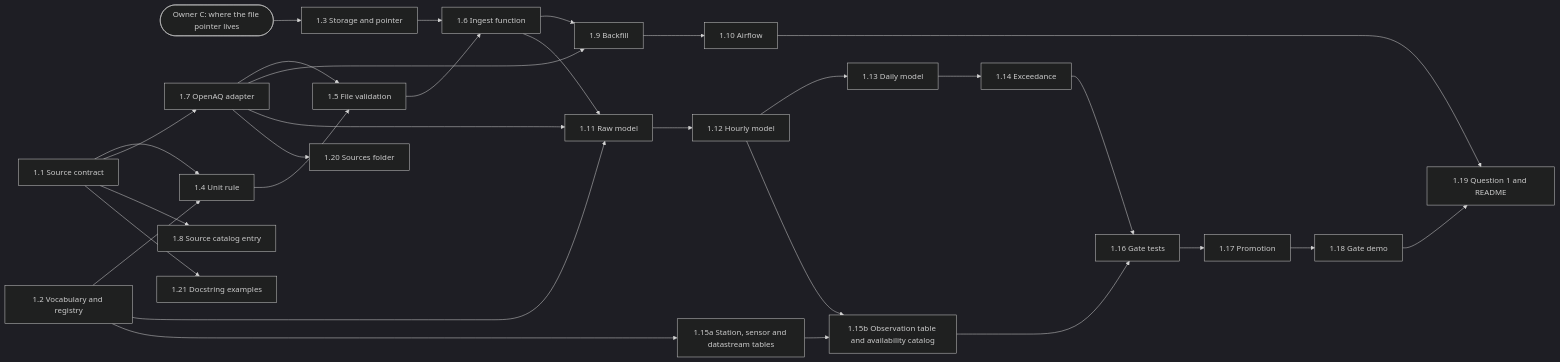
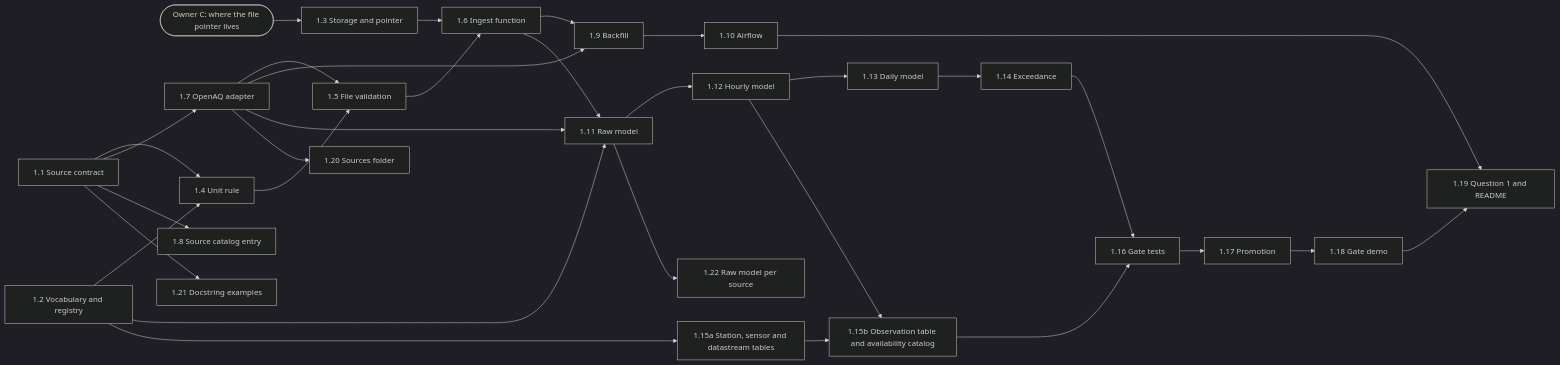
The second of 6 diagrams in ROADMAP.md (ShreyNiraula/air-quality-lakehouse), drawn with Mermaid (dark theme) before and after one commit. The commit also changed other lines of this file, not shown here.

Commit message:
Add roadmap task 1.22 (raw model per source)

````diff
--- a/ROADMAP.md
+++ b/ROADMAP.md
@@ -105,55 +105,57 @@
 ```mermaid
 flowchart LR
   oC(["Owner C: where the file pointer lives"])
   t1_1["1.1 Source contract"]
   t1_2["1.2 Vocabulary and registry"]
   t1_3["1.3 Storage and pointer"]
   t1_4["1.4 Unit rule"]
   t1_5["1.5 File validation"]
   t1_6["1.6 Ingest function"]
   t1_7["1.7 OpenAQ adapter"]
   t1_8["1.8 Source catalog entry"]
   t1_9["1.9 Backfill"]
   t1_10["1.10 Airflow"]
   t1_11["1.11 Raw model"]
   t1_12["1.12 Hourly model"]
   t1_13["1.13 Daily model"]
   t1_14["1.14 Exceedance"]
   t1_15a["1.15a Station, sensor and datastream tables"]
   t1_15b["1.15b Observation table and availability catalog"]
   t1_16["1.16 Gate tests"]
   t1_17["1.17 Promotion"]
   t1_18["1.18 Gate demo"]
   t1_19["1.19 Question 1 and README"]
   t1_20["1.20 Sources folder"]
   t1_21["1.21 Docstring examples"]
+  t1_22["1.22 Raw model per source"]
   oC --> t1_3
   t1_1 --> t1_4
   t1_2 --> t1_4
   t1_4 --> t1_5
   t1_7 --> t1_5
   t1_3 --> t1_6
   t1_5 --> t1_6
   t1_1 --> t1_7
   t1_1 --> t1_8
   t1_6 --> t1_9
   t1_7 --> t1_9
   t1_9 --> t1_10
   t1_2 --> t1_11
   t1_6 --> t1_11
   t1_7 --> t1_11
   t1_11 --> t1_12
   t1_12 --> t1_13
   t1_13 --> t1_14
   t1_2 --> t1_15a
   t1_12 --> t1_15b
   t1_15a --> t1_15b
   t1_14 --> t1_16
   t1_15b --> t1_16
   t1_16 --> t1_17
   t1_17 --> t1_18
   t1_10 --> t1_19
   t1_18 --> t1_19
   t1_7 --> t1_20
   t1_1 --> t1_21
+  t1_11 --> t1_22
 ```
````
